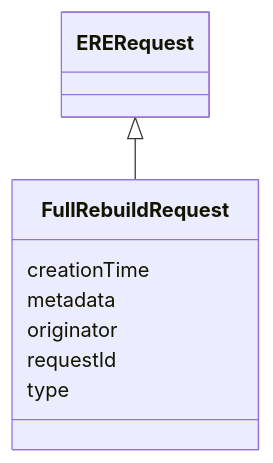
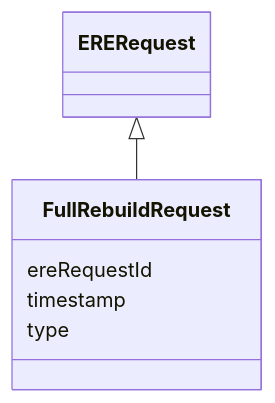
One commit to OP-TED/entity-resolution-spec changed the diagram in docs/schema/FullRebuildRequest.md. Above: the diagram before and after it, drawn with Mermaid. The commit also changed other lines of this file and 46 other files, not shown here.

````diff
--- a/docs/schema/FullRebuildRequest.md
+++ b/docs/schema/FullRebuildRequest.md
@@ -32,19 +44,15 @@
 ```mermaid
  classDiagram
     class FullRebuildRequest
     click FullRebuildRequest href "../FullRebuildRequest/"
       ERERequest <|-- FullRebuildRequest
         click ERERequest href "../ERERequest/"
       
-      FullRebuildRequest : creationTime
+      FullRebuildRequest : ereRequestId
         
-      FullRebuildRequest : metadata
-        
-      FullRebuildRequest : originator
-        
-      FullRebuildRequest : requestId
+      FullRebuildRequest : timestamp
         
       FullRebuildRequest : type
         
       
 ```
````
